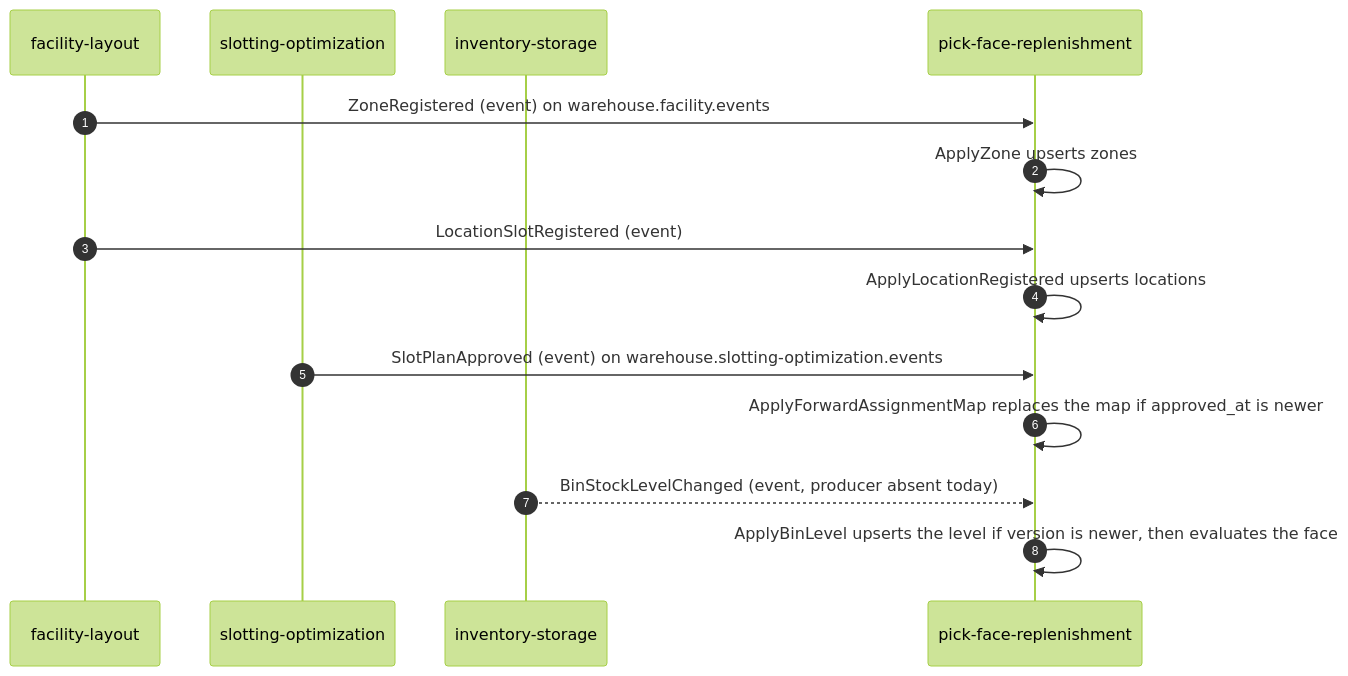
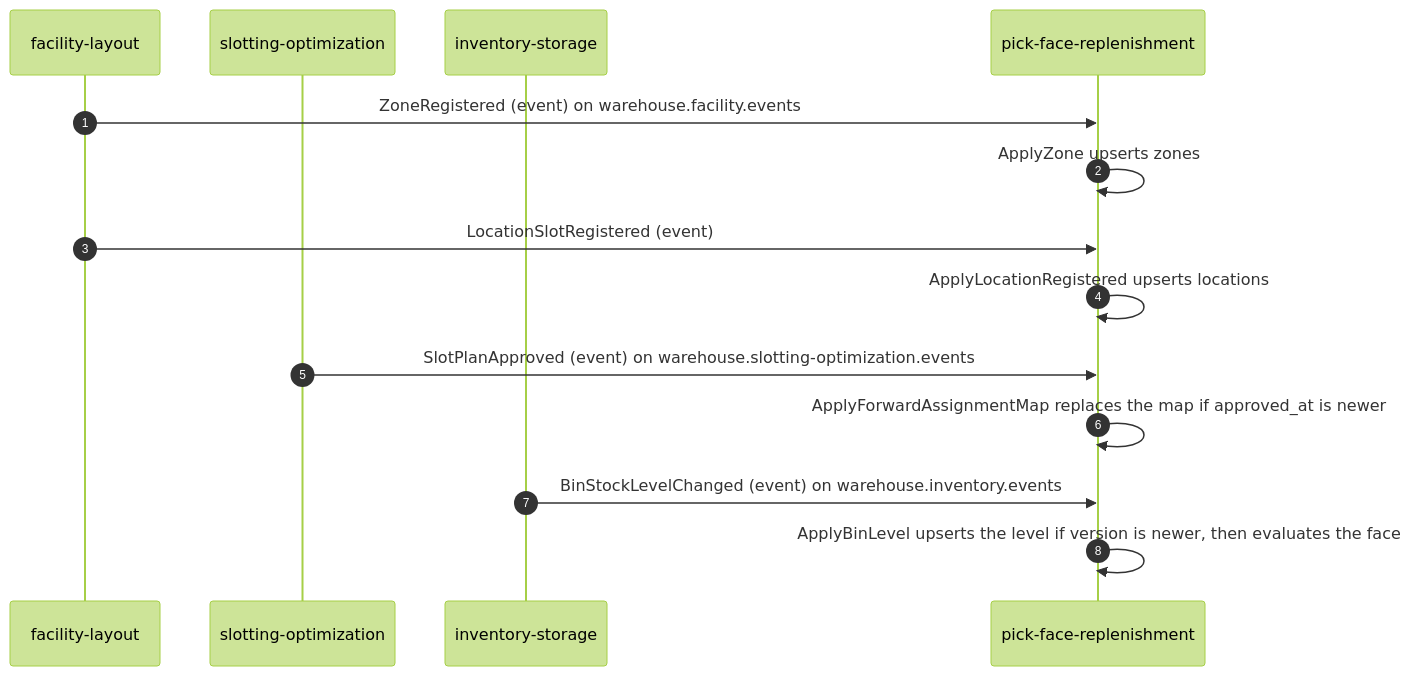
One commit to IQVO/warehouse-docs changed the first of 5 diagrams in docs/contexts/pick-face-replenishment/domain-message-flow.md. Above: the diagram before and after it, drawn with Mermaid (forest theme). The commit also changed other lines of this file and 41 other files, not shown here.

````diff
--- a/docs/contexts/pick-face-replenishment/domain-message-flow.md
+++ b/docs/contexts/pick-face-replenishment/domain-message-flow.md
@@ -20,16 +20,16 @@
 ```mermaid
 sequenceDiagram
     autonumber
     participant FL as facility-layout
     participant SO as slotting-optimization
     participant IS as inventory-storage
     participant PFR as pick-face-replenishment
     FL->>PFR: ZoneRegistered (event) on warehouse.facility.events
     PFR->>PFR: ApplyZone upserts zones
     FL->>PFR: LocationSlotRegistered (event)
     PFR->>PFR: ApplyLocationRegistered upserts locations
     SO->>PFR: SlotPlanApproved (event) on warehouse.slotting-optimization.events
     PFR->>PFR: ApplyForwardAssignmentMap replaces the map if approved_at is newer
-    IS-->>PFR: BinStockLevelChanged (event, producer absent today)
+    IS->>PFR: BinStockLevelChanged (event) on warehouse.inventory.events
     PFR->>PFR: ApplyBinLevel upserts the level if version is newer, then evaluates the face
 ```
````
